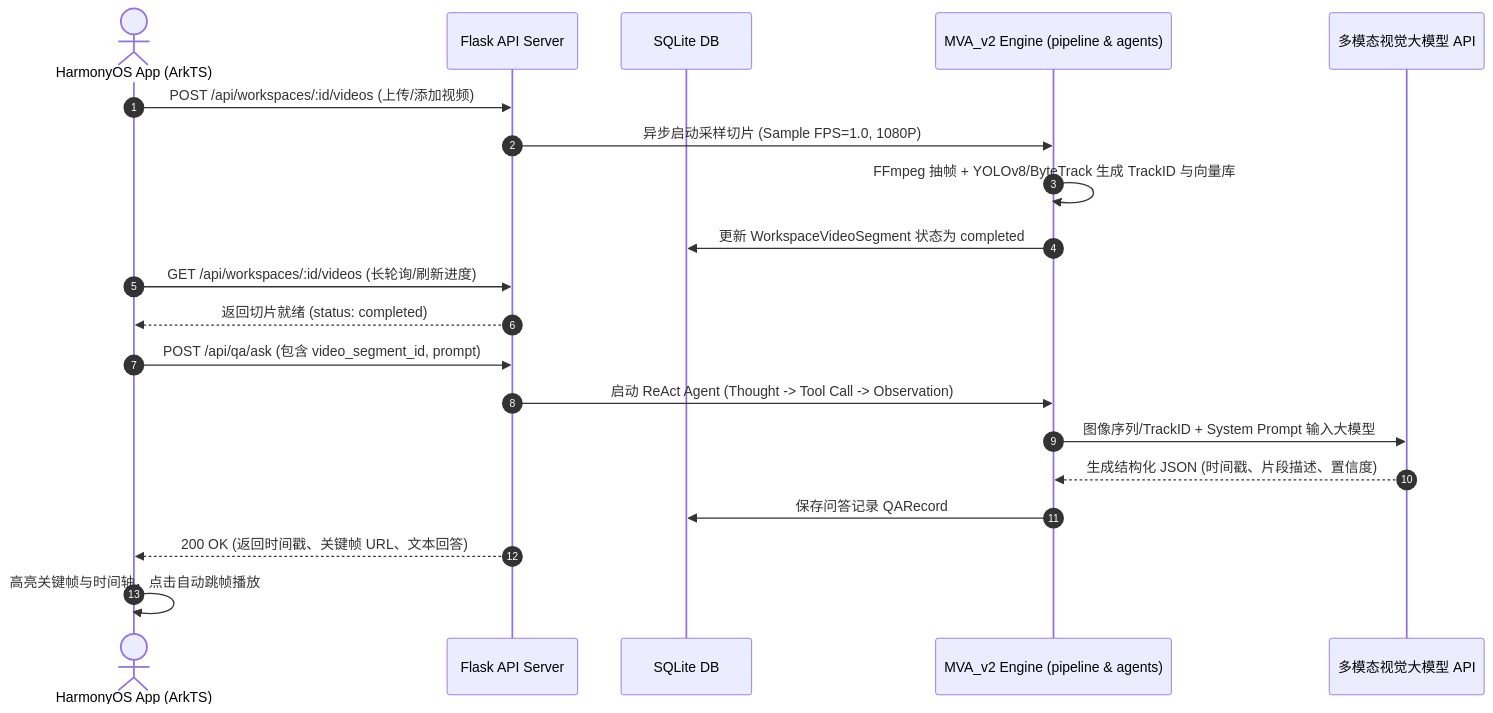
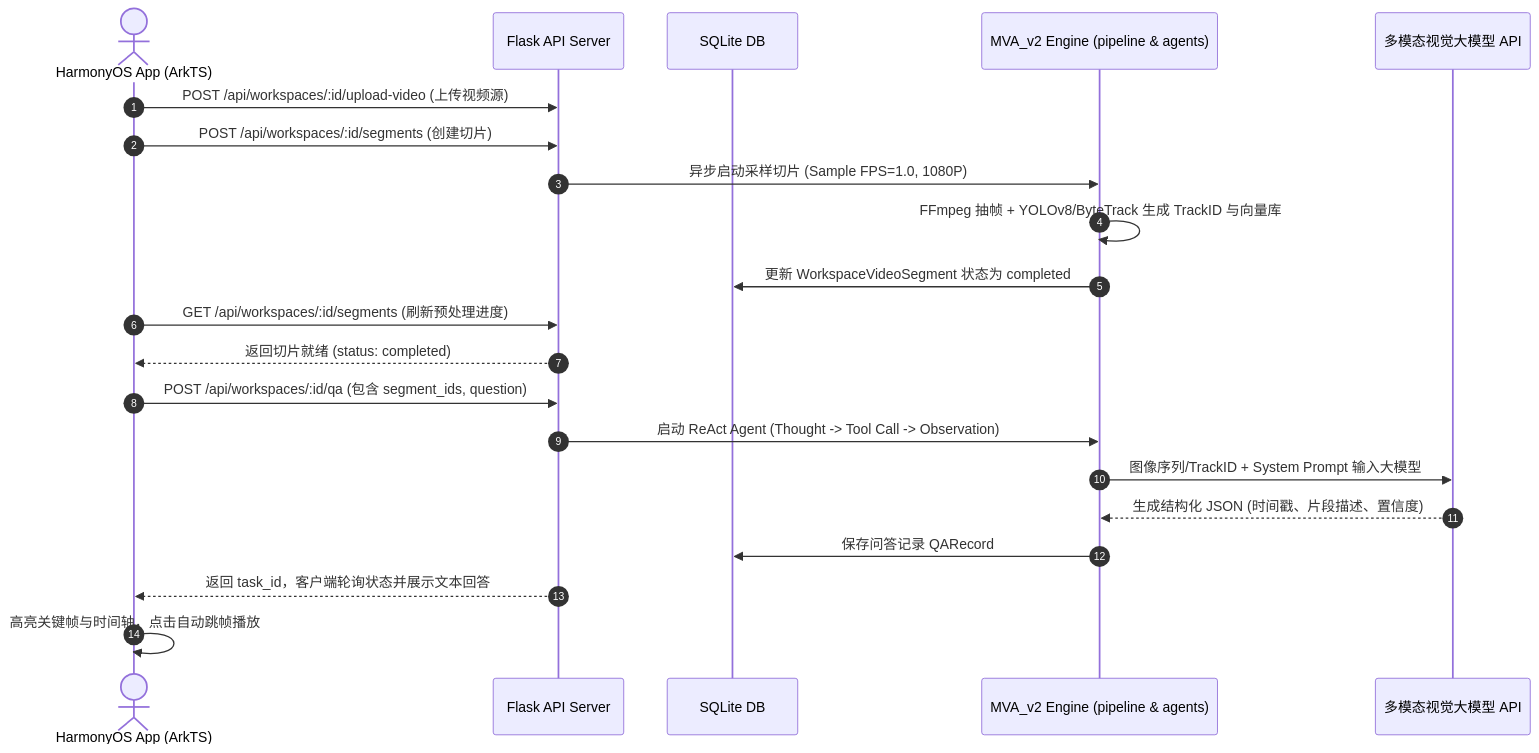
The second of 2 diagrams in docs/developer-guide/01-architecture-design.md (EmadowKy/pureyes-harmony), drawn with Mermaid before and after one commit. The commit also changed other lines of this file and 57 other files, not shown here.

````diff
--- a/docs/developer-guide/01-architecture-design.md
+++ b/docs/developer-guide/01-architecture-design.md
@@ -51,24 +51,25 @@
 ```mermaid
 sequenceDiagram
     autonumber
     actor Dev as HarmonyOS App (ArkTS)
     participant Backend as Flask API Server
     participant DB as SQLite DB
     participant Engine as MVA_v2 Engine (pipeline & agents)
     participant LLM as 多模态视觉大模型 API
 
-    Dev->>Backend: POST /api/workspaces/:id/videos (上传/添加视频)
+    Dev->>Backend: POST /api/workspaces/:id/upload-video (上传视频源)
+    Dev->>Backend: POST /api/workspaces/:id/segments (创建切片)
     Backend->>Engine: 异步启动采样切片 (Sample FPS=1.0, 1080P)
     Engine->>Engine: FFmpeg 抽帧 + YOLOv8/ByteTrack 生成 TrackID 与向量库
     Engine->>DB: 更新 WorkspaceVideoSegment 状态为 completed
-    Dev->>Backend: GET /api/workspaces/:id/videos (长轮询/刷新进度)
+    Dev->>Backend: GET /api/workspaces/:id/segments (刷新预处理进度)
     Backend-->>Dev: 返回切片就绪 (status: completed)
 
-    Dev->>Backend: POST /api/qa/ask (包含 video_segment_id, prompt)
+    Dev->>Backend: POST /api/workspaces/:id/qa (包含 segment_ids, question)
     Backend->>Engine: 启动 ReAct Agent (Thought -> Tool Call -> Observation)
     Engine->>LLM: 图像序列/TrackID + System Prompt 输入大模型
     LLM-->>Engine: 生成结构化 JSON (时间戳、片段描述、置信度)
     Engine->>DB: 保存问答记录 QARecord
-    Backend-->>Dev: 200 OK (返回时间戳、关键帧 URL、文本回答)
+    Backend-->>Dev: 返回 task_id，客户端轮询状态并展示文本回答
     Dev->>Dev: 高亮关键帧与时间轴，点击自动跳帧播放
 ```
````
